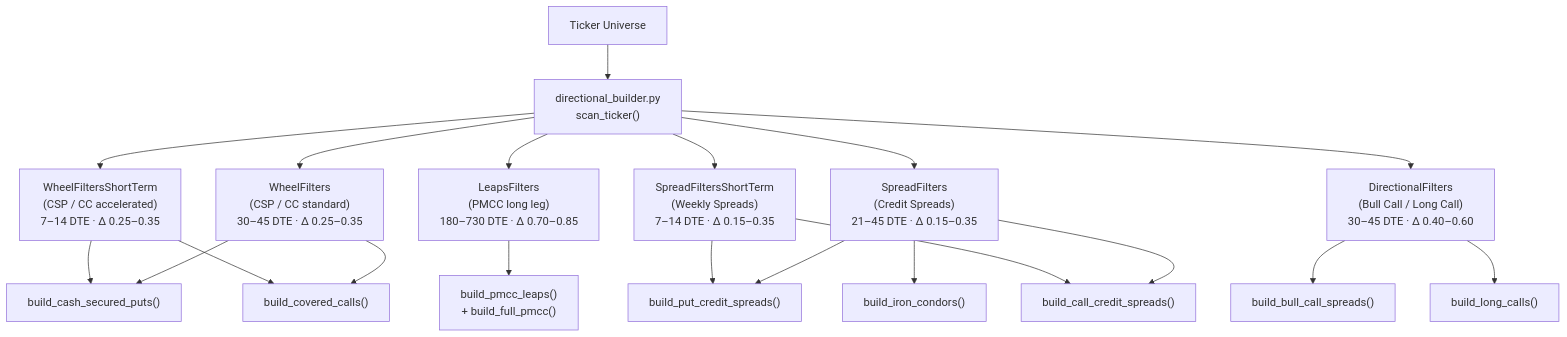
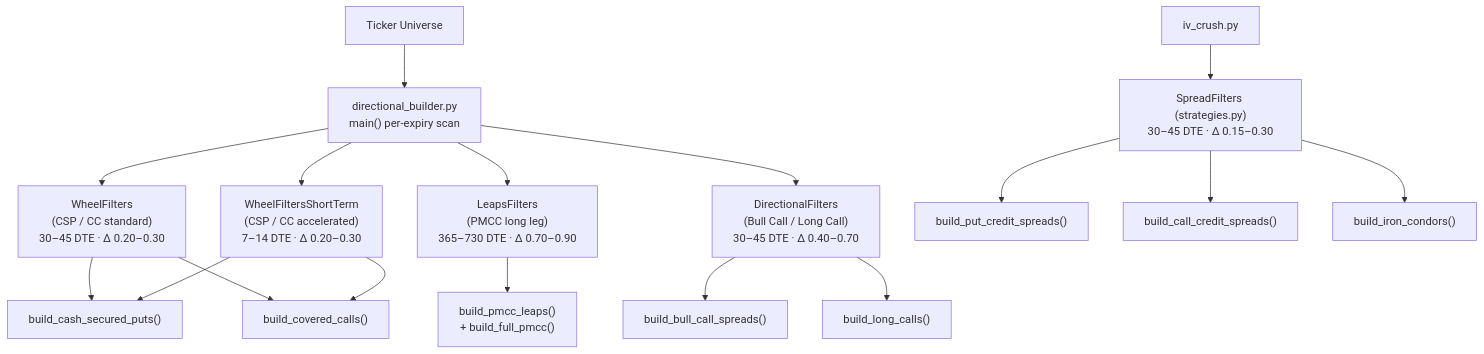
One commit to leshweyeewin/broker-portfolio-sync changed the diagram in docs/options-playbook.md. Above: the diagram before and after it, drawn with Mermaid. The commit also changed other lines of this file and 8 other files, not shown here.

````diff
--- a/docs/options-playbook.md
+++ b/docs/options-playbook.md
@@ -75,27 +78,24 @@
 ```mermaid
 flowchart TD
-    TICKER["Ticker Universe"] --> SCAN["directional_builder.py\nscan_ticker()"]
+    TICKER["Ticker Universe"] --> SCAN["directional_builder.py\nmain() per-expiry scan"]
 
-    SCAN --> WHEEL_STD["WheelFilters\n(CSP / CC standard)\n30–45 DTE · Δ 0.25–0.35"]
-    SCAN --> WHEEL_ST["WheelFiltersShortTerm\n(CSP / CC accelerated)\n7–14 DTE · Δ 0.25–0.35"]
-    SCAN --> LEAPS["LeapsFilters\n(PMCC long leg)\n180–730 DTE · Δ 0.70–0.85"]
-    SCAN --> SPREAD["SpreadFilters\n(Credit Spreads)\n21–45 DTE · Δ 0.15–0.35"]
-    SCAN --> SPREAD_ST["SpreadFiltersShortTerm\n(Weekly Spreads)\n7–14 DTE · Δ 0.15–0.35"]
-    SCAN --> DIR["DirectionalFilters\n(Bull Call / Long Call)\n30–45 DTE · Δ 0.40–0.60"]
+    SCAN --> WHEEL_STD["WheelFilters\n(CSP / CC standard)\n30–45 DTE · Δ 0.20–0.30"]
+    SCAN --> WHEEL_ST["WheelFiltersShortTerm\n(CSP / CC accelerated)\n7–14 DTE · Δ 0.20–0.30"]
+    SCAN --> LEAPS["LeapsFilters\n(PMCC long leg)\n365–730 DTE · Δ 0.70–0.90"]
+    SCAN --> DIR["DirectionalFilters\n(Bull Call / Long Call)\n30–45 DTE · Δ 0.40–0.70"]
 
     WHEEL_STD --> CSP["build_cash_secured_puts()"]
     WHEEL_STD --> CC["build_covered_calls()"]
     WHEEL_ST --> CSP
     WHEEL_ST --> CC
 
     LEAPS --> PMCC["build_pmcc_leaps()\n+ build_full_pmcc()"]
 
+    DIR --> BCS["build_bull_call_spreads()"]
+    DIR --> LC["build_long_calls()"]
+
+    IVC["iv_crush.py"] --> SPREAD["SpreadFilters (strategies.py)\n30–45 DTE · Δ 0.15–0.30"]
     SPREAD --> PCS["build_put_credit_spreads()"]
     SPREAD --> CCS["build_call_credit_spreads()"]
     SPREAD --> IC["build_iron_condors()"]
-    SPREAD_ST --> PCS
-    SPREAD_ST --> CCS
-
-    DIR --> BCS["build_bull_call_spreads()"]
-    DIR --> LC["build_long_calls()"]
 ```
````
